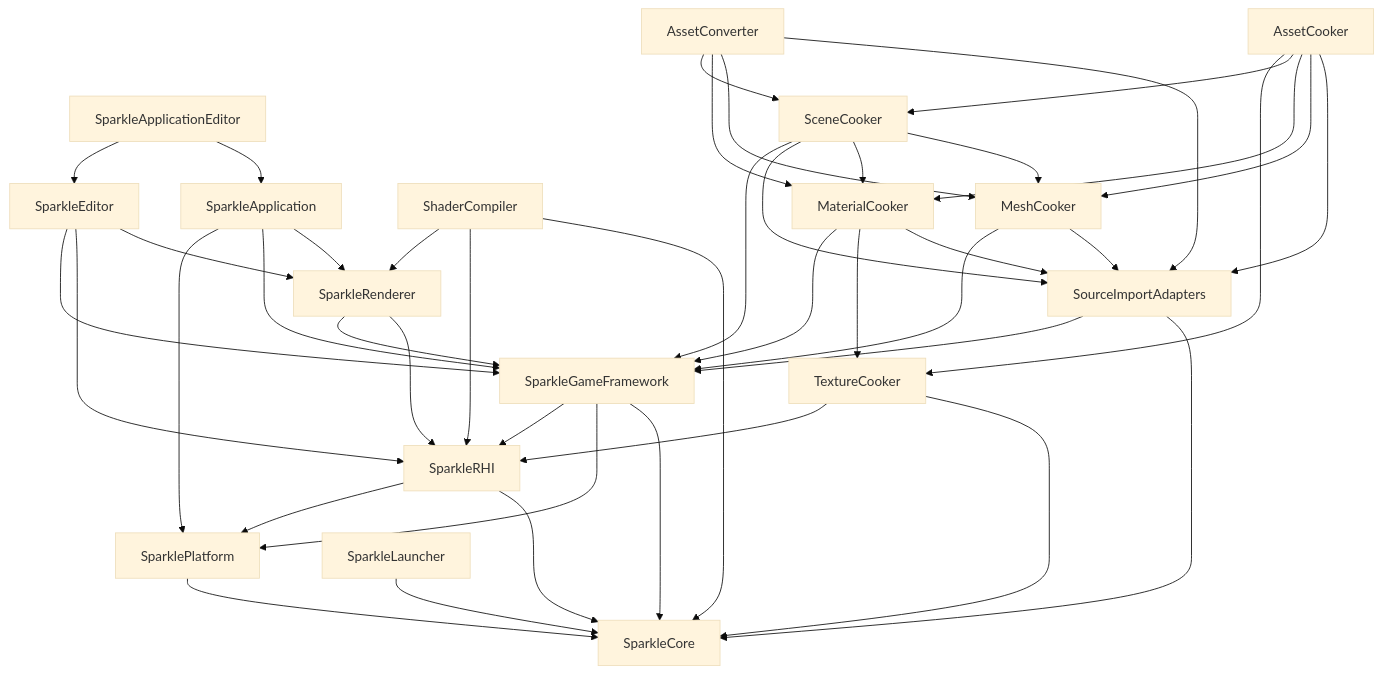
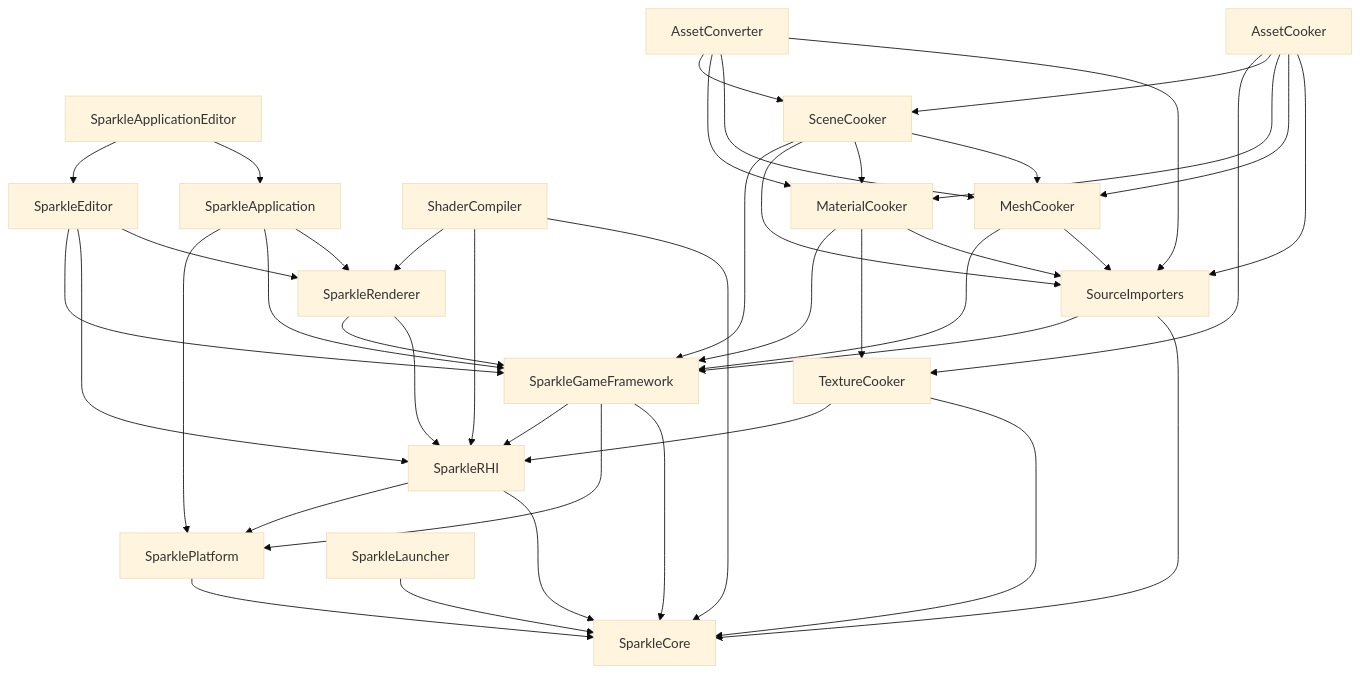
Before and after one commit to stoleckipawel/SparkleEngine: the diagram in docs/architecture/repository-system-map.md, drawn with Mermaid (base theme). The commit also changed other lines of this file and 98 other files, not shown here.

Commit message:
Source Importer Architecture Refactor

````diff
--- a/docs/architecture/repository-system-map.md
+++ b/docs/architecture/repository-system-map.md
@@ -66,65 +66,65 @@
 ```mermaid
 flowchart TD
     Core[SparkleCore]
     Platform[SparklePlatform]
     RHI[SparkleRHI]
     Renderer[SparkleRenderer]
     Game[SparkleGameFramework]
     Editor[SparkleEditor]
     App[SparkleApplication]
     AppEditor[SparkleApplicationEditor]
 
     Launcher[SparkleLauncher]
     ShaderCompiler[ShaderCompiler]
-    Import[SourceImportAdapters]
+    Import[SourceImporters]
     Texture[TextureCooker]
     Mesh[MeshCooker]
     Material[MaterialCooker]
     Scene[SceneCooker]
     AssetCooker[AssetCooker]
     Converter[AssetConverter]
 
     Platform --> Core
     RHI --> Core
     RHI --> Platform
     Renderer --> RHI
     Renderer --> Game
     Game --> Core
     Game --> Platform
     Game --> RHI
     Editor --> Renderer
     Editor --> RHI
     Editor --> Game
     App --> Renderer
     App --> Game
     App --> Platform
     AppEditor --> App
     AppEditor --> Editor
 
     Launcher --> Core
     ShaderCompiler --> Core
     ShaderCompiler --> RHI
     ShaderCompiler --> Renderer
     Import --> Core
     Import --> Game
     Texture --> Core
     Texture --> RHI
     Mesh --> Import
     Mesh --> Game
     Material --> Import
     Material --> Texture
     Material --> Game
     Scene --> Mesh
     Scene --> Material
     Scene --> Import
     Scene --> Game
     AssetCooker --> Import
     AssetCooker --> Mesh
     AssetCooker --> Material
     AssetCooker --> Scene
     AssetCooker --> Texture
     Converter --> Import
     Converter --> Mesh
     Converter --> Material
     Converter --> Scene
 ```
````
